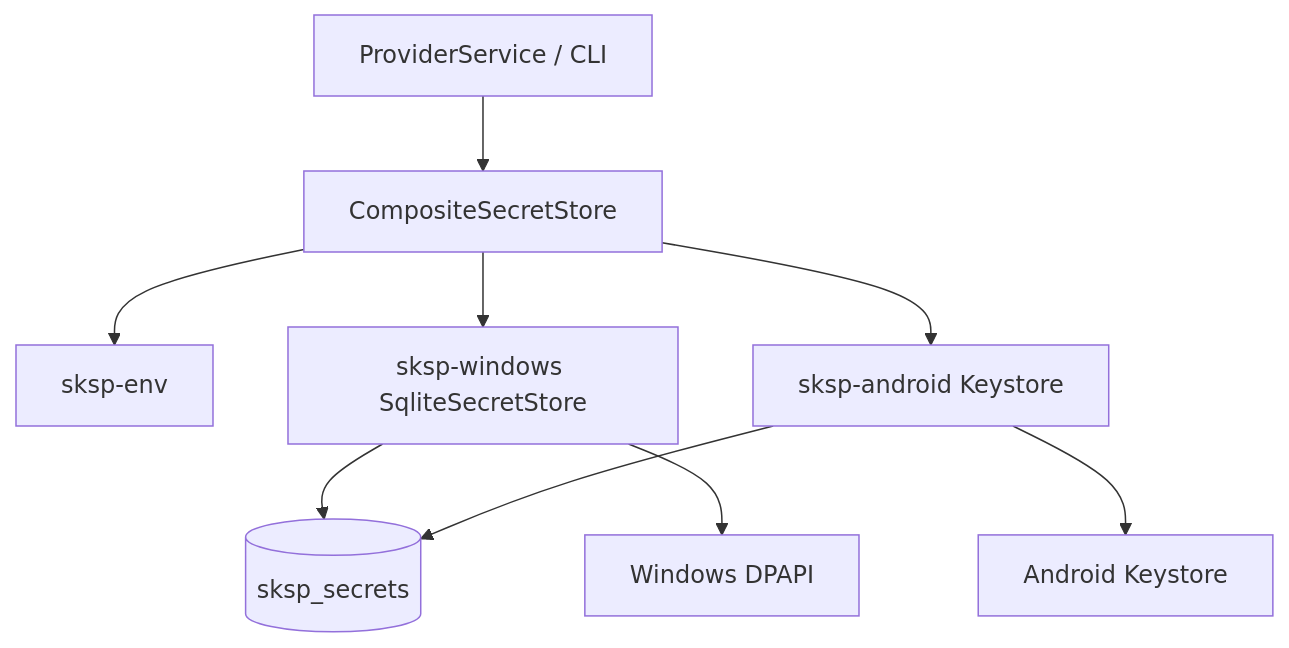
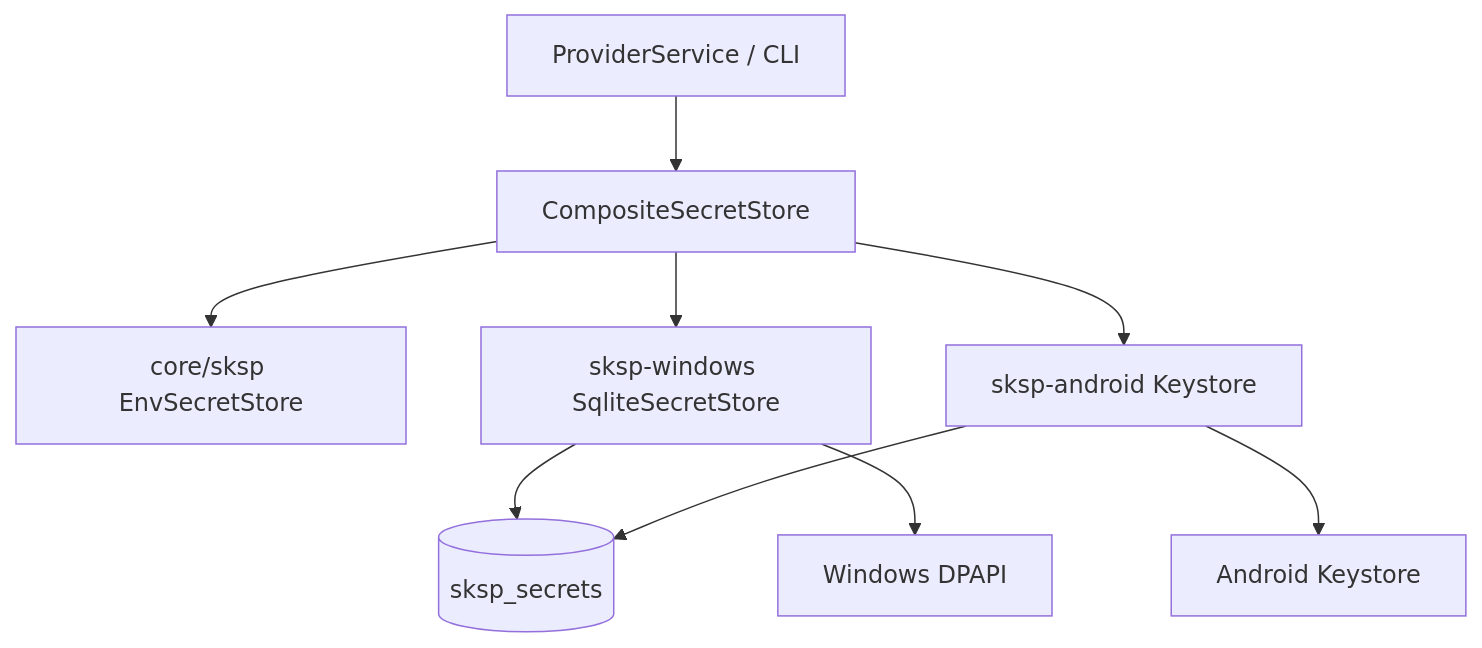
Before and after one commit to bloodycrownD/novel-master: the diagram in .apm/kb/docs/Iterations/sksp/spec.md, drawn with Mermaid. The commit also changed other lines of this file and 40 other files, not shown here.

First line of the commit message:
refactor(sksp): move protocol into core/infra/sksp

````diff
--- a/.apm/kb/docs/Iterations/sksp/spec.md
+++ b/.apm/kb/docs/Iterations/sksp/spec.md
@@ -39,17 +39,17 @@
 ```mermaid
 flowchart TB
   APP[ProviderService / CLI]
   CS[CompositeSecretStore]
-  ENV[sksp-env]
+  ENV[core/sksp EnvSecretStore]
   WIN[sksp-windows SqliteSecretStore]
   DB[(sksp_secrets)]
   AND[sksp-android Keystore]
   APP --> CS
   CS --> ENV
   CS --> WIN
   CS --> AND
   WIN --> DB
   AND --> DB
   WIN --> DPAPI[Windows DPAPI]
   AND --> KS[Android Keystore]
 ```
````
